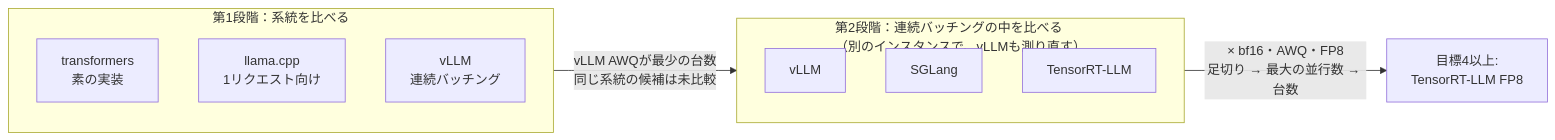
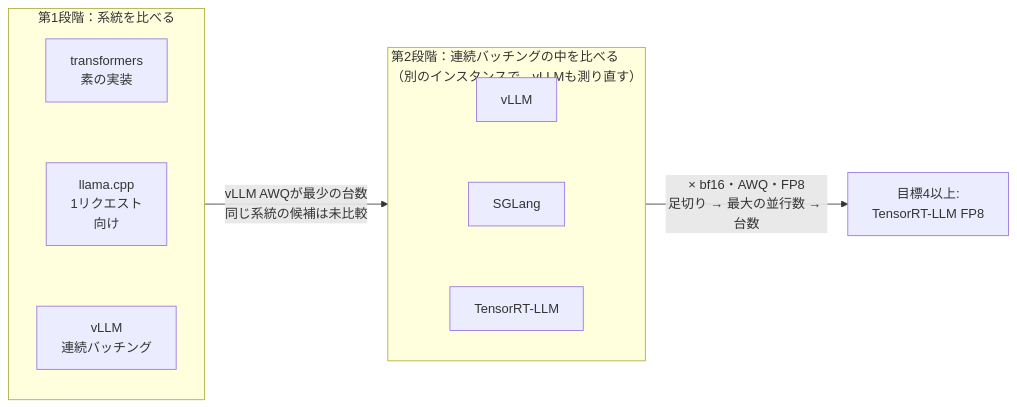
Before and after one commit to yuya0408/toolcall-serving-bench: the diagram in README.md, drawn with Mermaid.

Commit message:
README: keep the stage-1 engines in order in the flowchart

````diff
--- a/README.md
+++ b/README.md
@@ -12,17 +12,19 @@
 ```mermaid
 flowchart LR
     subgraph S1["第1段階：系統を比べる"]
         direction TB
         T["transformers<br/>素の実装"]
-        L["llama.cpp<br/>1リクエスト向け"]
+        L["llama.cpp<br/>1リクエスト<br/>向け"]
         V1["vLLM<br/>連続バッチング"]
+        T ~~~ L ~~~ V1
     end
     subgraph S2["第2段階：連続バッチングの中を比べる<br/>（別のインスタンスで、vLLMも測り直す）"]
         direction TB
         V2["vLLM"]
         SG["SGLang"]
         TR["TensorRT-LLM"]
+        V2 ~~~ SG ~~~ TR
     end
     S1 -->|"vLLM AWQが最少の台数<br/>同じ系統の候補は未比較"| S2
     S2 -->|"× bf16・AWQ・FP8<br/>足切り → 最大の並行数 → 台数"| D["目標4以上:<br/>TensorRT-LLM FP8"]
 ```
````
